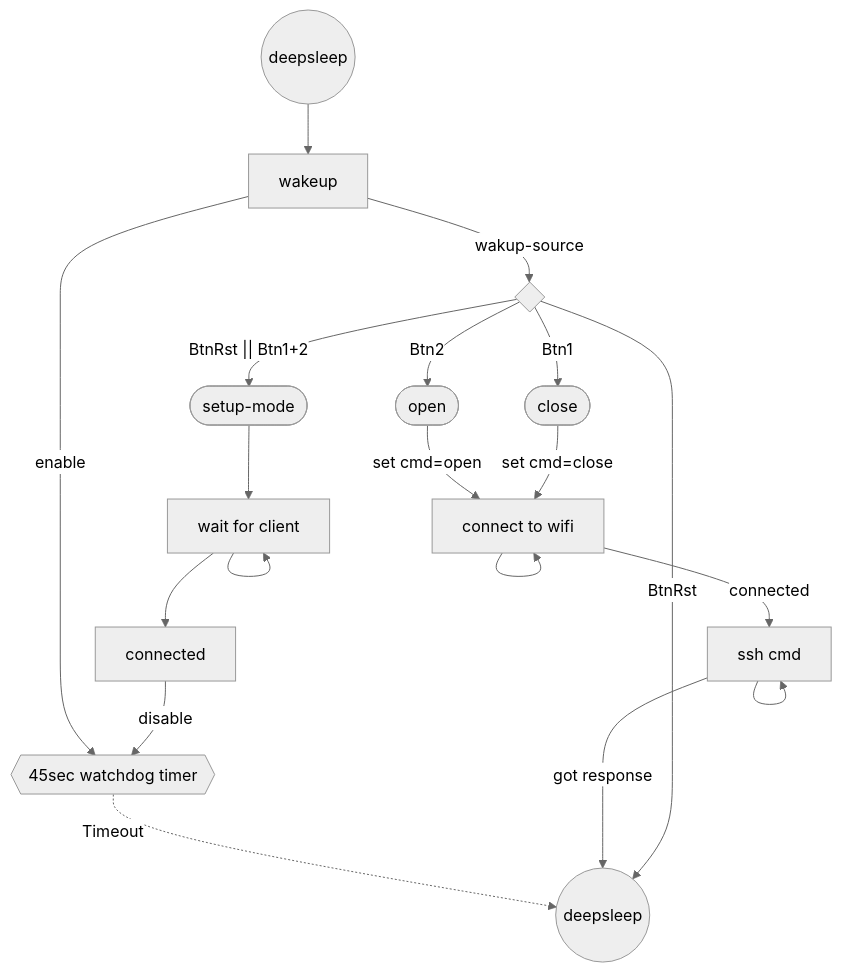
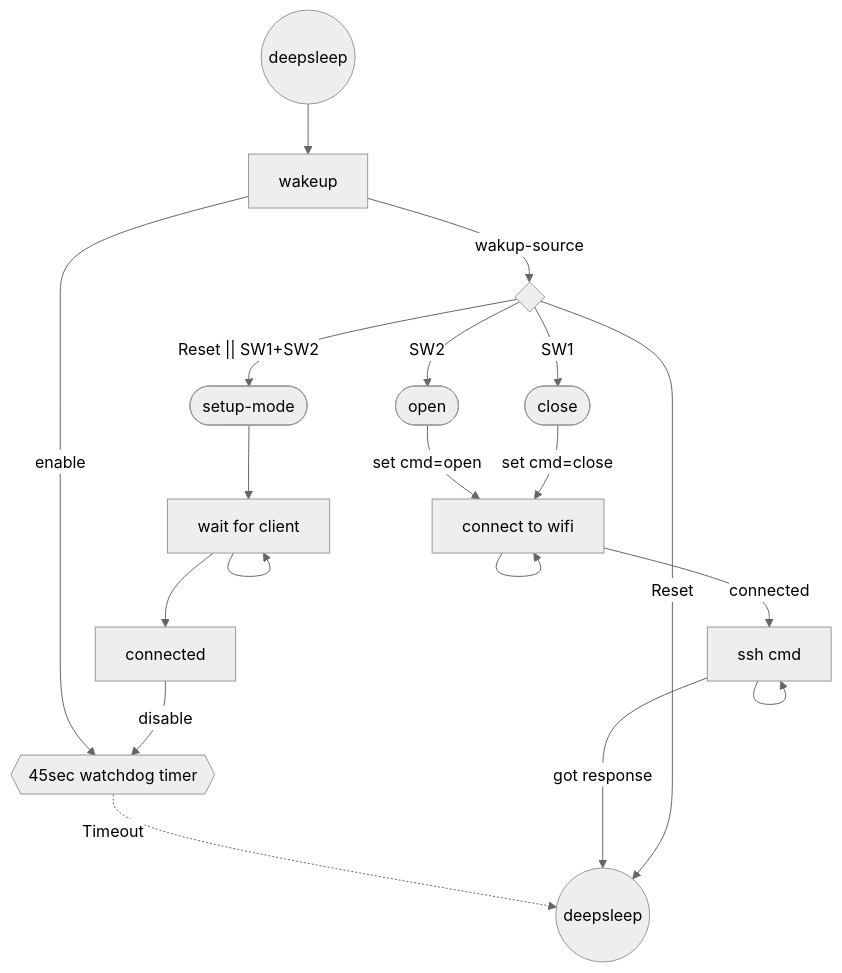
One commit to samularity/shackey changed the diagram in README.md. Above: the diagram before and after it, drawn with Mermaid (neutral theme). The commit also changed other lines of this file, not shown here.

````diff
--- a/README.md
+++ b/README.md
@@ -26,23 +54,23 @@
 ```mermaid
 graph TD
     NodeStart((deepsleep)) --> wakeup -- wakup-source --> NodeWAKE{ } 
 
     wakeup -- enable --> NodeTimer{{45sec watchdog timer}} -. Timeout .-> NodeZZZ
 
 
-    NodeWAKE -->|"BtnRst || Btn1+2"| NodeK(["setup-mode"]) -->  NodeClient
+    NodeWAKE -->|"Reset || SW1+SW2"| NodeK(["setup-mode"]) -->  NodeClient
     NodeClient --> NodeClient
     NodeClient["wait for client"] --> connected -- disable --> NodeTimer
 
 
-    NodeWAKE -->|Btn2| NodeJ([open]) -- set cmd=open--> NodeWIFI
-    NodeWAKE -->|Btn1| NodeI([close]) -- set cmd=close--> NodeWIFI
+    NodeWAKE -->|SW2| NodeJ([open]) -- set cmd=open--> NodeWIFI
+    NodeWAKE -->|SW1| NodeI([close]) -- set cmd=close--> NodeWIFI
 
     NodeWIFI["connect to wifi"] -- connected --> NodeCMD["ssh cmd"] -- got response --> NodeZZZ
     NodeWIFI-->NodeWIFI
     NodeCMD --> NodeCMD
 
-    NodeWAKE -->|BtnRst| NodeZZZ  
+    NodeWAKE -->|Reset| NodeZZZ  
 
     NodeZZZ((deepsleep))
 ```
````
